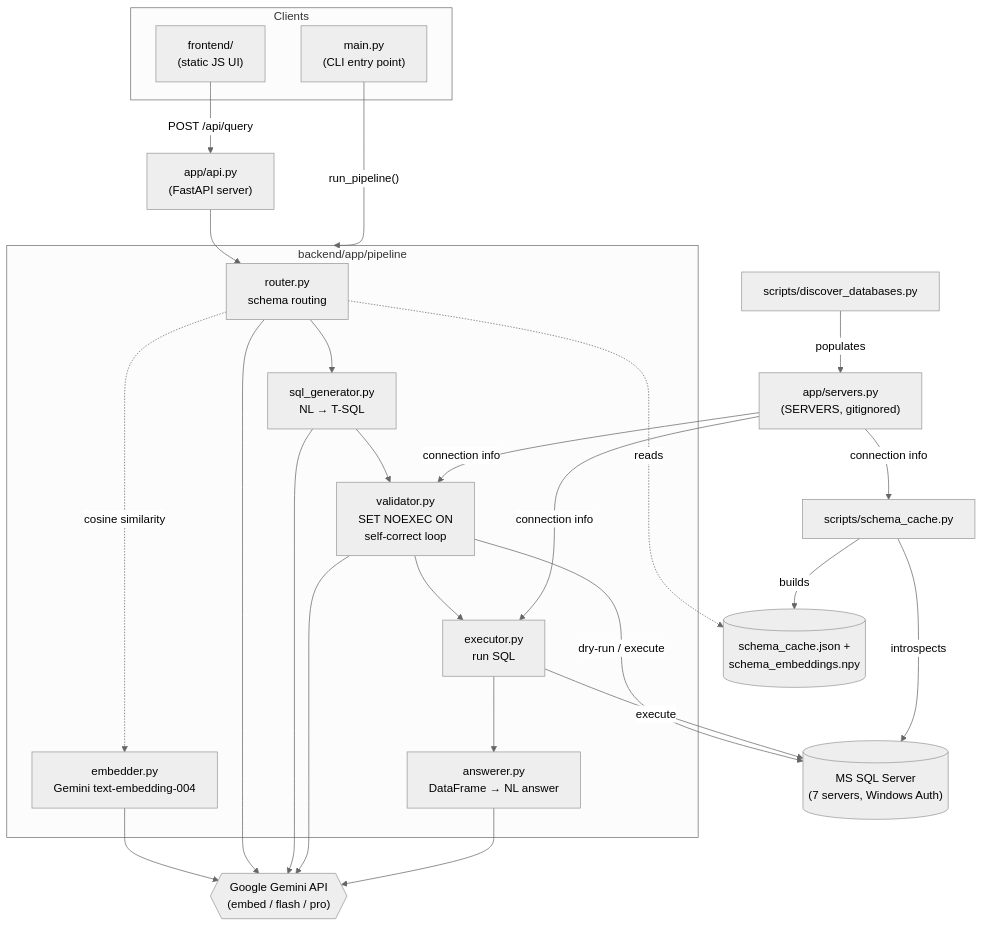
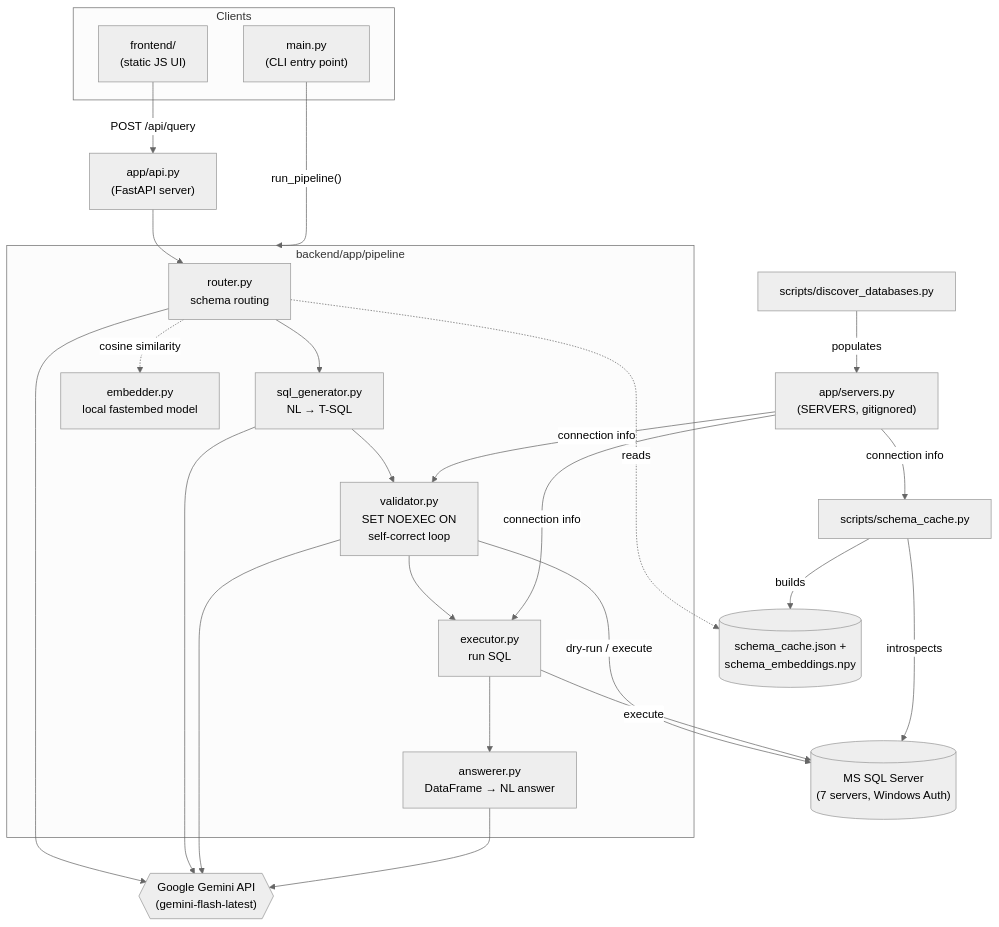
Before and after one commit to aswin-skk21/NL2SQL: the diagram in README.md, drawn with Mermaid (neutral theme). The commit also changed other lines of this file, not shown here.

First line of the commit message:
Update README: fix stale model docs, add detailed run instructions

````diff
--- a/README.md
+++ b/README.md
@@ -20,43 +20,42 @@
 ```mermaid
 graph TD
     subgraph Clients
         CLI["main.py<br/>(CLI entry point)"]
         Web["frontend/<br/>(static JS UI)"]
     end
 
     Web -- "POST /api/query" --> API["app/api.py<br/>(FastAPI server)"]
     CLI -- "run_pipeline()" --> Pipeline
 
     subgraph Pipeline["backend/app/pipeline"]
         Router["router.py<br/>schema routing"]
         Gen["sql_generator.py<br/>NL → T-SQL"]
         Val["validator.py<br/>SET NOEXEC ON<br/>self-correct loop"]
         Exec["executor.py<br/>run SQL"]
         Ans["answerer.py<br/>DataFrame → NL answer"]
-        Emb["embedder.py<br/>Gemini text-embedding-004"]
+        Emb["embedder.py<br/>local fastembed model"]
     end
 
     API --> Router
     Router --> Gen --> Val --> Exec --> Ans
     Router -. cosine similarity .-> Emb
 
     Cache[("schema_cache.json +<br/>schema_embeddings.npy")]
     Router -. reads .-> Cache
 
     Val -- dry-run / execute --> SQLServer[("MS SQL Server<br/>(7 servers, Windows Auth)")]
     Exec -- execute --> SQLServer
 
-    Gemini{{"Google Gemini API<br/>(embed / flash / pro)"}}
-    Emb --> Gemini
+    Gemini{{"Google Gemini API<br/>(gemini-flash-latest)"}}
     Router --> Gemini
     Gen --> Gemini
     Val --> Gemini
     Ans --> Gemini
 
     Discover["scripts/discover_databases.py"] -- populates --> Config["app/servers.py<br/>(SERVERS, gitignored)"]
     SchemaCache["scripts/schema_cache.py"] -- introspects --> SQLServer
     SchemaCache -- builds --> Cache
     Config -- connection info --> SchemaCache
     Config -- connection info --> Val
     Config -- connection info --> Exec
 ```
````
